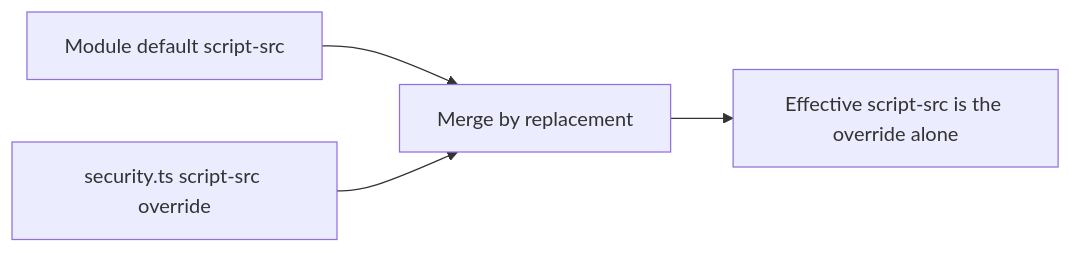
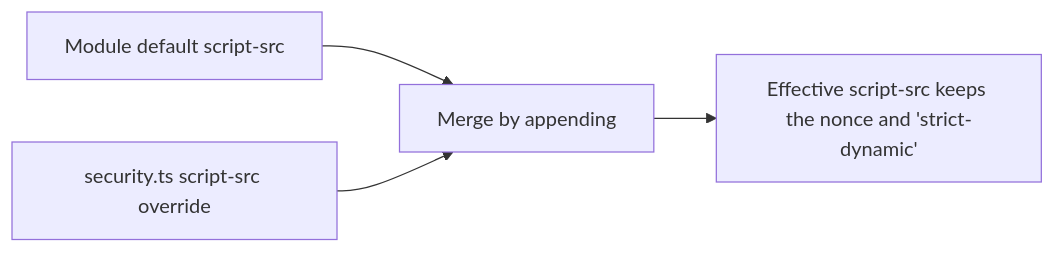
Before and after one commit to Esposter/Esposter: the diagram in openspec/specs/nuxt-security-module/defaults-review/design.md, drawn with Mermaid. The commit also changed other lines of this file, not shown here.

First line of the commit message:
docs(nuxt-security-module): the script-src override appends to the defaults, and the inline scripts script-src-elem allows are stated

````diff
--- a/openspec/specs/nuxt-security-module/defaults-review/design.md
+++ b/openspec/specs/nuxt-security-module/defaults-review/design.md
@@ -44,6 +44,6 @@
 ```mermaid
 flowchart LR
-  base["Module default script-src"] --> merge["Merge by replacement"]
+  base["Module default script-src"] --> merge["Merge by appending"]
   override["security.ts script-src override"] --> merge
-  merge --> effective["Effective script-src is the override alone"]
+  merge --> effective["Effective script-src keeps the nonce and 'strict-dynamic'"]
 ```
````
